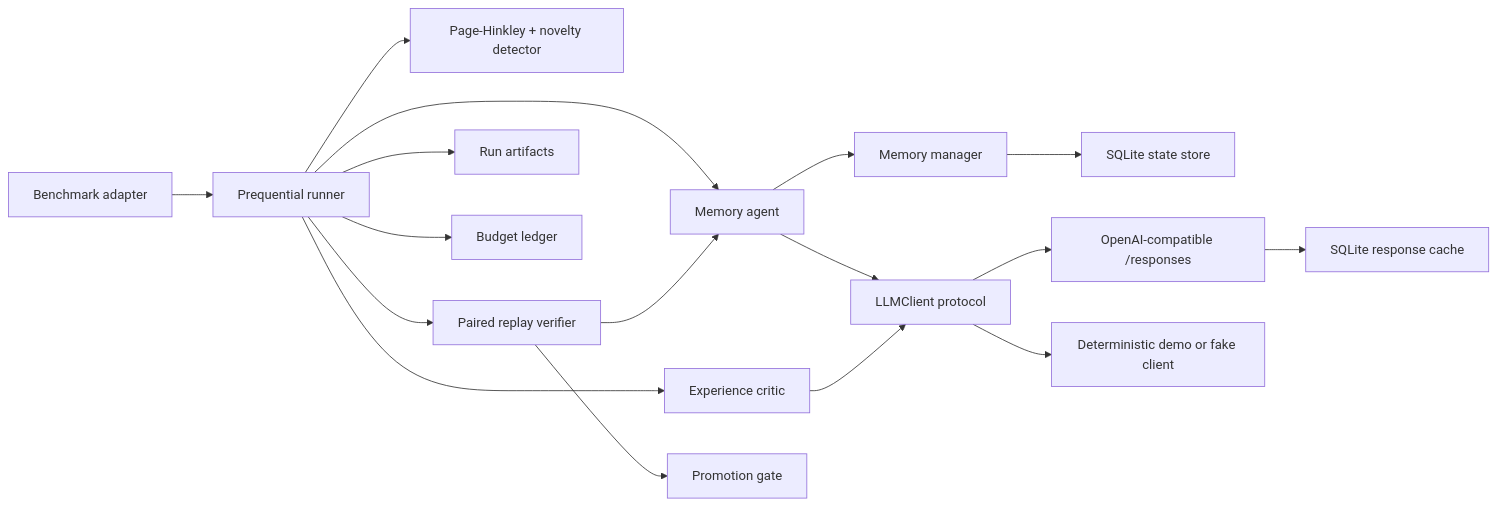
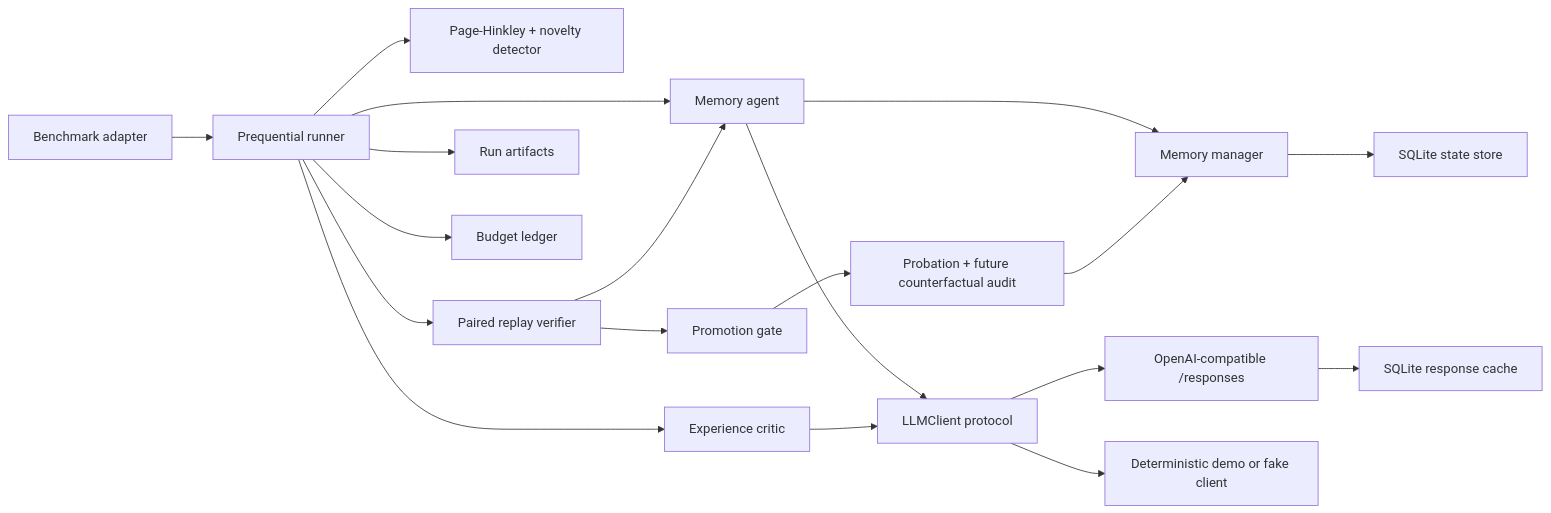
Before and after one commit to Vincent123Nie/EvoShift: the first of 4 diagrams in docs/architecture.md, drawn with Mermaid. The commit also changed other lines of this file and 37 other files, not shown here.

Commit message:
Add dynamic trust and future memory audit

````diff
--- a/docs/architecture.md
+++ b/docs/architecture.md
@@ -21,19 +21,21 @@
 ```mermaid
 flowchart LR
     B["Benchmark adapter"] --> R["Prequential runner"]
     R --> A["Memory agent"]
     A --> M["Memory manager"]
     M --> S["SQLite state store"]
     A --> P["LLMClient protocol"]
     P --> O["OpenAI-compatible /responses"]
     P --> D["Deterministic demo or fake client"]
     R --> C["Experience critic"]
     C --> P
     R --> H["Page-Hinkley + novelty detector"]
     R --> V["Paired replay verifier"]
     V --> A
     V --> G["Promotion gate"]
+    G --> F["Probation + future counterfactual audit"]
+    F --> M
     R --> X["Run artifacts"]
     R --> L["Budget ledger"]
     O --> Q["SQLite response cache"]
 ```
````
